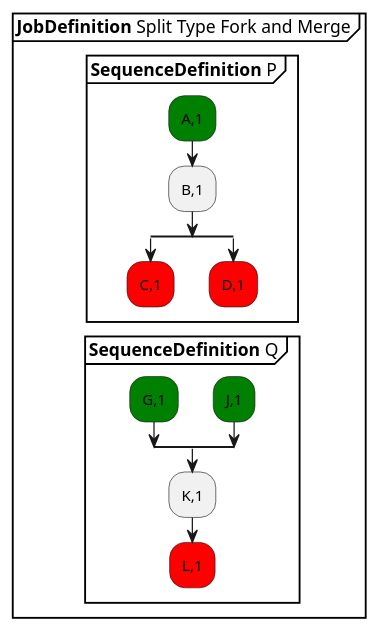
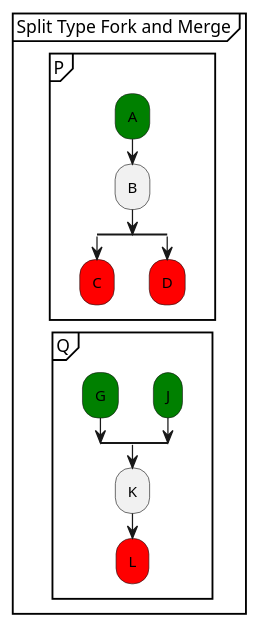
The diagram in models/SequenceVerificationDataCentric/puml/Tutorial_12.puml (xtuml/munin), drawn with PlantUML before and after one commit. The commit also changed 2 other files, not shown here.

Commit message:
job:  #MUN-152  11 and 12
Added support for simple loop and hidden transition.

```diff
--- a/models/SequenceVerificationDataCentric/puml/Tutorial_12.puml
+++ b/models/SequenceVerificationDataCentric/puml/Tutorial_12.puml
@@ -7,28 +7,27 @@
 @startuml 
-partition "**JobDefinition** Split Type Fork and Merge" {
-group **SequenceDefinition** P
-      #green:A,1;
-      :B,1;
+partition "Split Type Fork and Merge" {
+group "P"
+  #green:A;
+  :B;
   split    
-      #red:C,1;
+      #red:C;
       detach
   split again    
-      #red:D,1;
+      #red:D;
       detach
   end split
  end group
- detach
-group **SequenceDefinition** Q
+group "Q"
   split
       -[hidden]->
-      #green:G,1;
+      #green:G;
   split again
       -[hidden]->
-      #green:J,1;
+      #green:J;
   end split    
-      :K,1;
-      #red:L,1;
-      detach
+  :K;
+  #red:L;
+  detach
 end group
 }      
 @enduml
```
